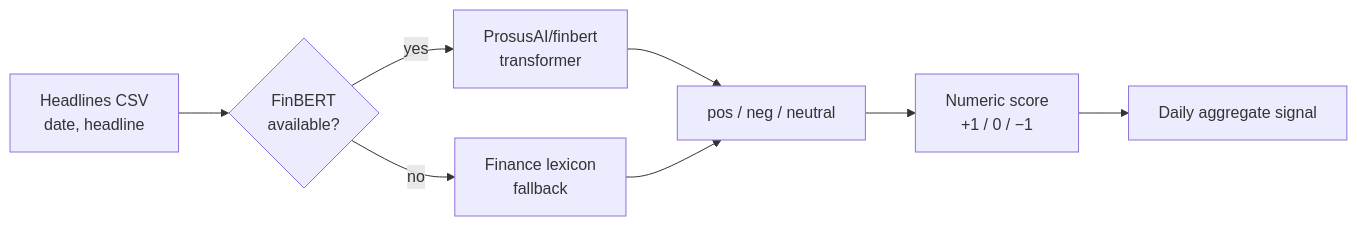
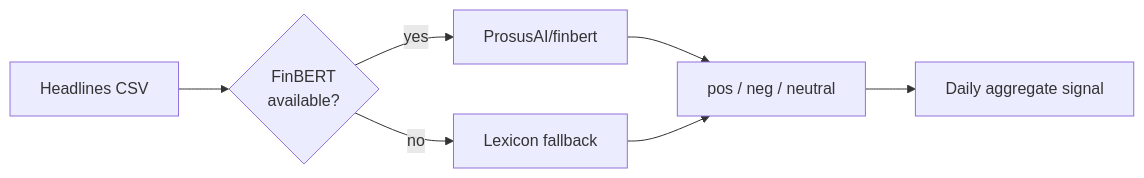
Before and after one commit to adrian-erlikhman/finbert-sentiment-analyzer: the diagram in README.md, drawn with Mermaid. The commit also changed other lines of this file, not shown here.

Commit message:
Condense README (keep diagram, cut prose)

````diff
--- a/README.md
+++ b/README.md
@@ -23,10 +7,9 @@
 ```mermaid
 flowchart LR
-    A[Headlines CSV<br/>date, headline] --> B{FinBERT<br/>available?}
-    B -->|yes| C[ProsusAI/finbert<br/>transformer]
-    B -->|no| D[Finance lexicon<br/>fallback]
+    A[Headlines CSV] --> B{FinBERT<br/>available?}
+    B -->|yes| C[ProsusAI/finbert]
+    B -->|no| D[Lexicon fallback]
     C --> E[pos / neg / neutral]
     D --> E
-    E --> F[Numeric score<br/>+1 / 0 / −1]
-    F --> G[Daily aggregate signal]
+    E --> F[Daily aggregate signal]
 ```
````
